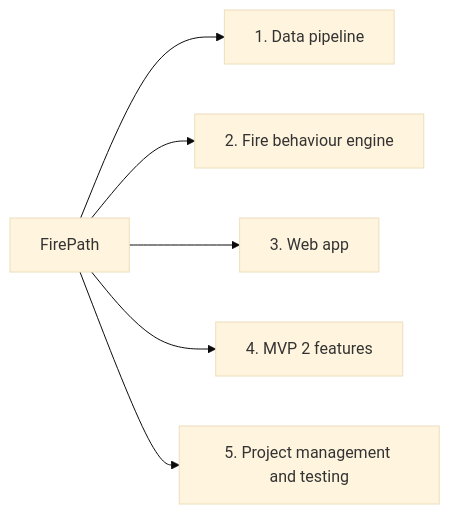
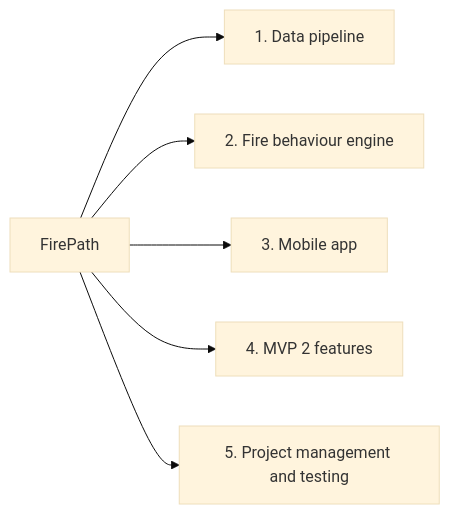
Before and after one commit to MaheenSiddique783/FirePath: the diagram in docs/requirements/Project Scope Statement.md, drawn with Mermaid (base theme).

Commit message:
Update Project Scope Statement.md

````diff
--- a/docs/requirements/Project Scope Statement.md
+++ b/docs/requirements/Project Scope Statement.md
@@ -11,10 +11,10 @@
 ```mermaid
 flowchart LR
     FP["FirePath"]
 
     FP --> D1["1. Data pipeline"]
     FP --> D2["2. Fire behaviour engine"]
-    FP --> D3["3. Web app"]
+    FP --> D3["3. Mobile app"]
     FP --> D4["4. MVP 2 features"]
     FP --> D5["5. Project management and testing"]
 ```
````
